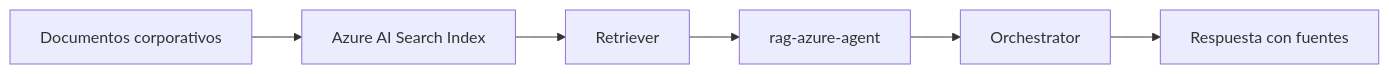
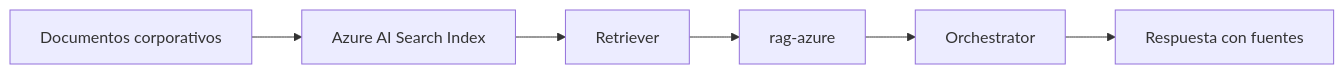
The diagram in docs/08-azure-rag-builder-integration.md (Sertxito/mcp-efficiency-engine), drawn with Mermaid before and after one commit. The commit also changed other lines of this file and 51 other files, not shown here.

````diff
--- a/docs/08-azure-rag-builder-integration.md
+++ b/docs/08-azure-rag-builder-integration.md
@@ -39,8 +39,8 @@
 ```mermaid
 flowchart LR
   DOCS[Documentos corporativos] --> IDX[Azure AI Search Index]
   IDX --> RET[Retriever]
-  RET --> RAG[rag-azure-agent]
+  RET --> RAG[rag-azure]
   RAG --> ORQ[Orchestrator]
   ORQ --> USER[Respuesta con fuentes]
 ```
````
